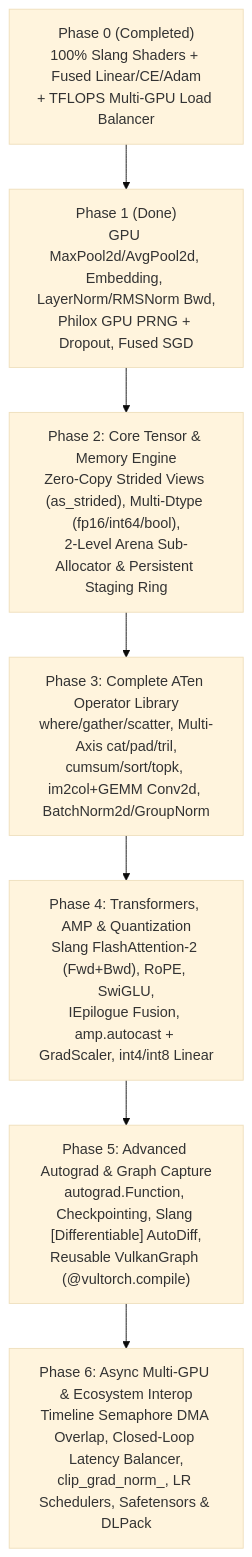
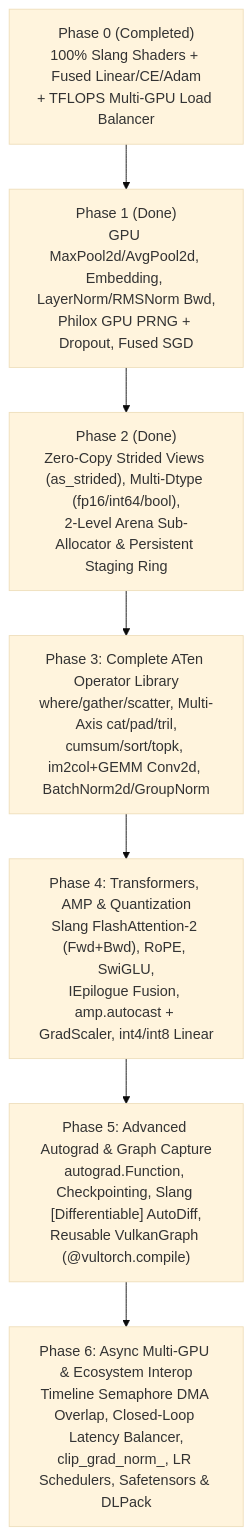
One commit to vinaybhargav/VulTorch changed the diagram in IMPLEMENTATION.md. Above: the diagram before and after it, drawn with Mermaid (base theme). The commit also changed other lines of this file and 18 other files, not shown here.

First line of the commit message:
feat: complete Phase 2 zero-copy strided views, multi-dtype system, and arena sub-allocator

````diff
--- a/IMPLEMENTATION.md
+++ b/IMPLEMENTATION.md
@@ -346,12 +346,12 @@
 ```mermaid
 flowchart TD
     P0["Phase 0 (Completed)<br/>100% Slang Shaders + Fused Linear/CE/Adam<br/>+ TFLOPS Multi-GPU Load Balancer"]
     P1["Phase 1 (Done)<br/>GPU MaxPool2d/AvgPool2d, Embedding, LayerNorm/RMSNorm Bwd,<br/>Philox GPU PRNG + Dropout, Fused SGD"]
-    P2["Phase 2: Core Tensor & Memory Engine<br/>Zero-Copy Strided Views (as_strided), Multi-Dtype (fp16/int64/bool),<br/>2-Level Arena Sub-Allocator & Persistent Staging Ring"]
+    P2["Phase 2 (Done)<br/>Zero-Copy Strided Views (as_strided), Multi-Dtype (fp16/int64/bool),<br/>2-Level Arena Sub-Allocator & Persistent Staging Ring"]
     P3["Phase 3: Complete ATen Operator Library<br/>where/gather/scatter, Multi-Axis cat/pad/tril,<br/>cumsum/sort/topk, im2col+GEMM Conv2d, BatchNorm2d/GroupNorm"]
     P4["Phase 4: Transformers, AMP & Quantization<br/>Slang FlashAttention-2 (Fwd+Bwd), RoPE, SwiGLU,<br/>IEpilogue Fusion, amp.autocast + GradScaler, int4/int8 Linear"]
     P5["Phase 5: Advanced Autograd & Graph Capture<br/>autograd.Function, Checkpointing, Slang [Differentiable] AutoDiff,<br/>Reusable VulkanGraph (@vultorch.compile)"]
     P6["Phase 6: Async Multi-GPU & Ecosystem Interop<br/>Timeline Semaphore DMA Overlap, Closed-Loop Latency Balancer,<br/>clip_grad_norm_, LR Schedulers, Safetensors & DLPack"]
 
     P0 --> P1 --> P2 --> P3 --> P4 --> P5 --> P6
 ```
````
